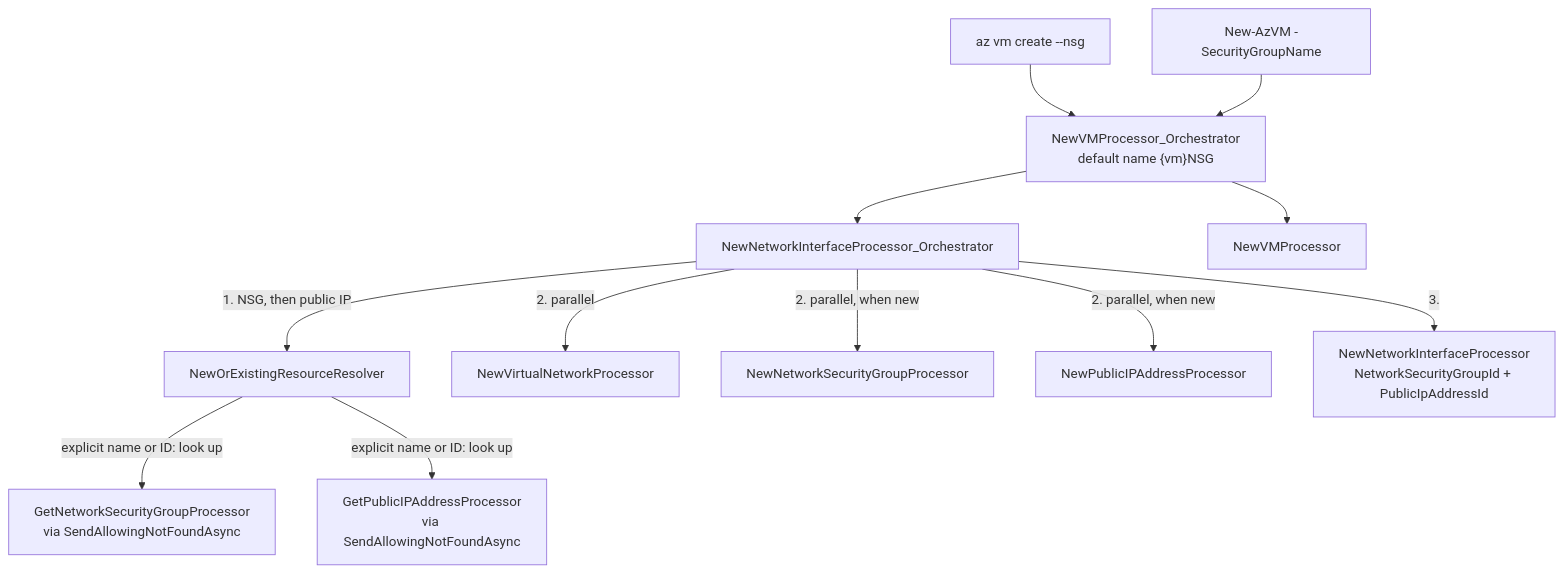
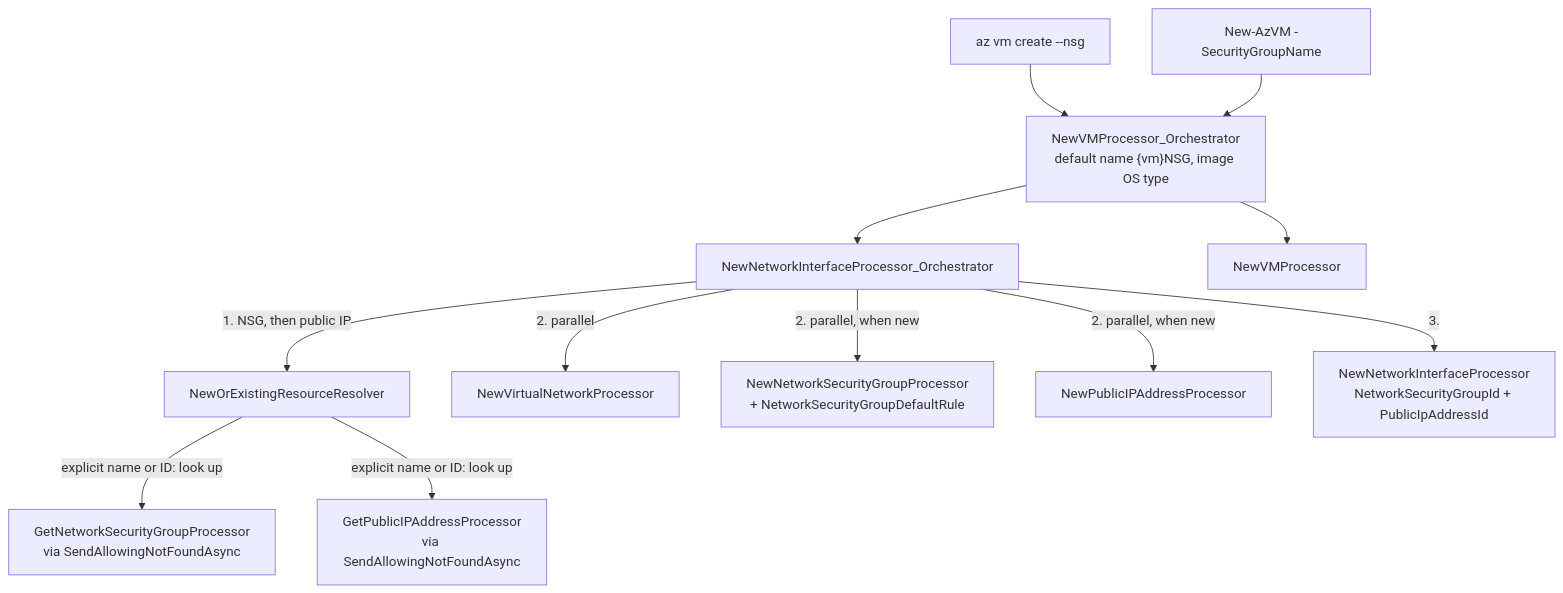
One commit to Azure/azclips changed the diagram in docs/superpowers/specs/2026-09-30-vm-create-nsg-design.md. Above: the diagram before and after it, drawn with Mermaid. The commit also changed other lines of this file, not shown here.

Commit message:
{Compute} vm create --nsg spec: default OS rule, remove the --rule-* parameters

````diff
--- a/docs/superpowers/specs/2026-09-30-vm-create-nsg-design.md
+++ b/docs/superpowers/specs/2026-09-30-vm-create-nsg-design.md
@@ -101,14 +125,14 @@
 ```mermaid
 flowchart TD
     CLI["az vm create --nsg"] --> VMO
     PS["New-AzVM -SecurityGroupName"] --> VMO
-    VMO["NewVMProcessor_Orchestrator<br/>default name {vm}NSG"] --> NICO
+    VMO["NewVMProcessor_Orchestrator<br/>default name {vm}NSG, image OS type"] --> NICO
     NICO["NewNetworkInterfaceProcessor_Orchestrator"] -- "1. NSG, then public IP" --> RES["NewOrExistingResourceResolver"]
     RES -- "explicit name or ID: look up" --> GETNSG["GetNetworkSecurityGroupProcessor<br/>via SendAllowingNotFoundAsync"]
     RES -- "explicit name or ID: look up" --> GETPIP["GetPublicIPAddressProcessor<br/>via SendAllowingNotFoundAsync"]
     NICO -- "2. parallel" --> VNET["NewVirtualNetworkProcessor"]
-    NICO -- "2. parallel, when new" --> NSG["NewNetworkSecurityGroupProcessor"]
+    NICO -- "2. parallel, when new" --> NSG["NewNetworkSecurityGroupProcessor<br/>+ NetworkSecurityGroupDefaultRule"]
     NICO -- "2. parallel, when new" --> NEWPIP["NewPublicIPAddressProcessor"]
     NICO -- "3." --> NIC["NewNetworkInterfaceProcessor<br/>NetworkSecurityGroupId + PublicIpAddressId"]
     VMO --> VM["NewVMProcessor"]
 ```
````
